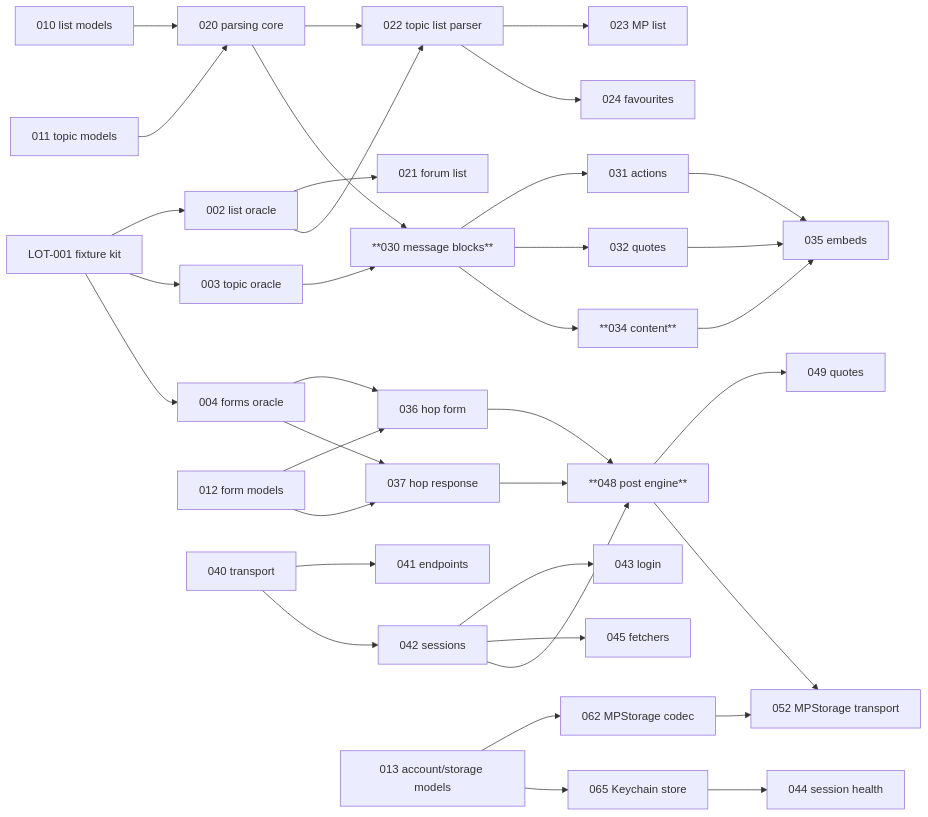
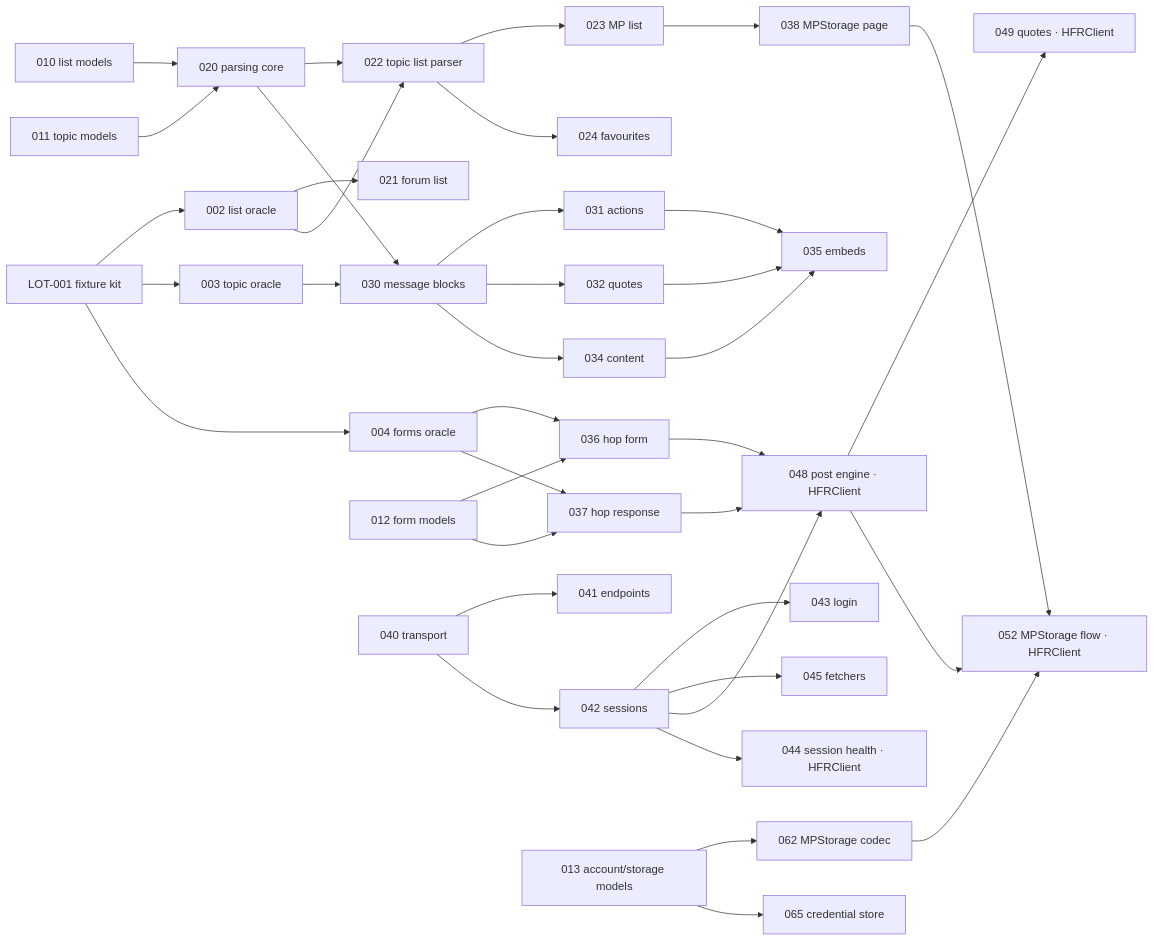
The diagram in docs/audit/README.md (francoisgn/ios-app_SwiftHFR), drawn with Mermaid before and after one commit. The commit also changed other lines of this file and 13 other files, not shown here.

````diff
--- a/docs/audit/README.md
+++ b/docs/audit/README.md
@@ -51,19 +53,22 @@
 ```mermaid
 flowchart LR
   F001[LOT-001 fixture kit] --> F002[002 list oracle] & F003[003 topic oracle] & F004[004 forms oracle]
   M010[010 list models] --> P020[020 parsing core]
   M011[011 topic models] --> P020
   P020 --> P022[022 topic list parser] --> P023[023 MP list] & P024[024 favourites]
   F002 --> P021[021 forum list] & P022
-  F003 --> P030[**030 message blocks**] --> P031[031 actions] & P032[032 quotes] & P034[**034 content**] --> P035[035 embeds]
+  F003 --> P030[030 message blocks] --> P031[031 actions] & P032[032 quotes] & P034[034 content] --> P035[035 embeds]
+  P023[023 MP list] --> P038[038 MPStorage page]
   P020 --> P030
   M012[012 form models] --> P036[036 hop form] & P037[037 hop response]
   F004 --> P036 & P037
   N040[040 transport] --> N041[041 endpoints] & N042[042 sessions]
   N042 --> N043[043 login] & N045[045 fetchers]
-  P036 --> N048[**048 post engine**]
-  P037 --> N048
-  N042 --> N048 --> N049[049 quotes] & N052[052 MPStorage transport]
-  M013[013 account/storage models] --> S062[062 MPStorage codec] --> N052
-  M013 --> S065[065 Keychain store] --> N044[044 session health]
+  P036 --> C048[048 post engine · HFRClient]
+  P037 --> C048
+  N042 --> C048 --> C049[049 quotes · HFRClient] & C052[052 MPStorage flow · HFRClient]
+  P038 --> C052
+  M013[013 account/storage models] --> S062[062 MPStorage codec] --> C052
+  M013 --> S065[065 credential store]
+  N042 --> C044[044 session health · HFRClient]
 ```
````
